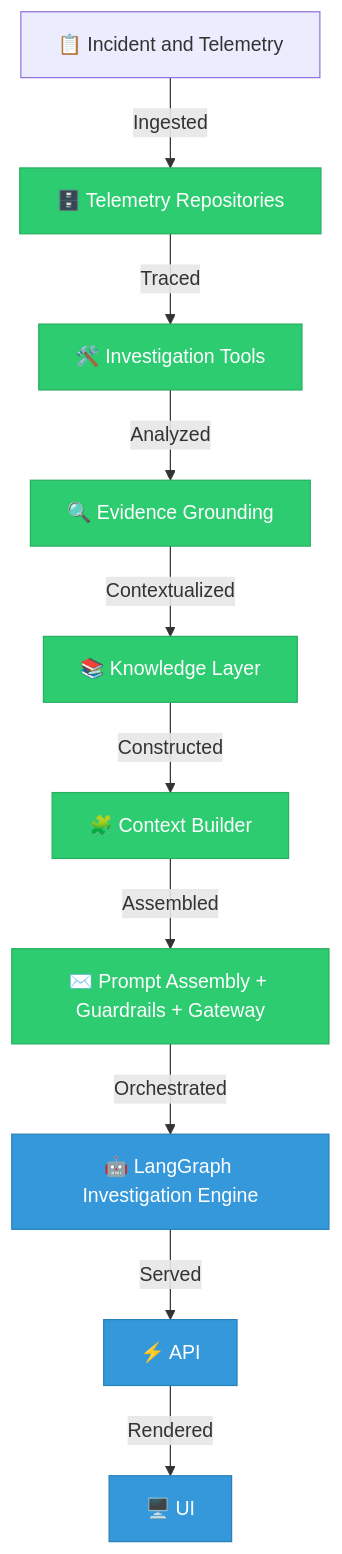
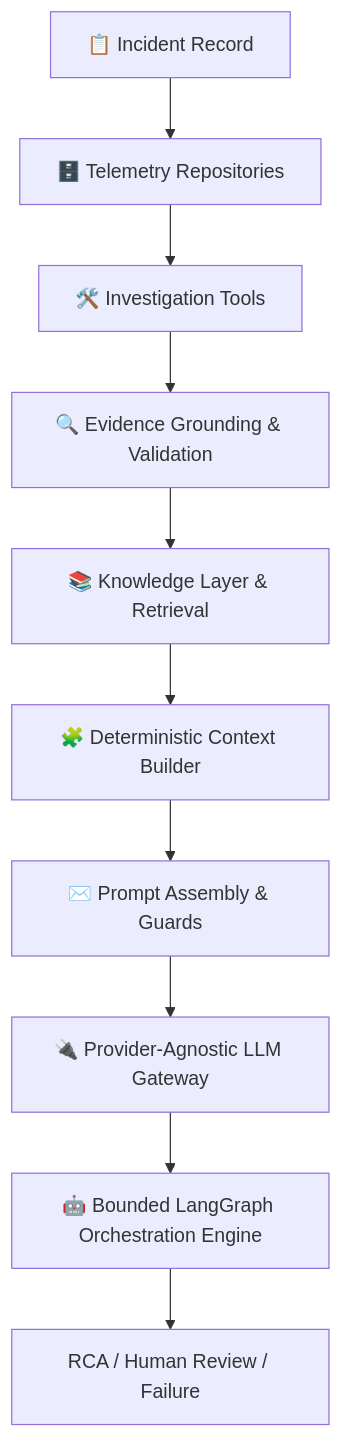
The diagram in README.md (manish930s/OpsGraph), drawn with Mermaid before and after one commit. The commit also changed other lines of this file, not shown here.

Commit message:
docs(readme): update architecture and v0.8.0 project status

````diff
--- a/README.md
+++ b/README.md
@@ -22,18 +31,12 @@
 ```mermaid
 graph TD
-    Incident[📋 Incident and Telemetry] -->|Ingested| Repos[🗄️ Telemetry Repositories]
-    Repos -->|Traced| Tools[🛠️ Investigation Tools]
-    Tools -->|Analyzed| Grounding[🔍 Evidence Grounding]
-    Grounding -->|Contextualized| Knowledge[📚 Knowledge Layer]
-    Knowledge -->|Constructed| ContextBuilder[🧩 Context Builder]
-    ContextBuilder -->|Assembled| Prompt[✉️ Prompt Assembly + Guardrails + Gateway]
-    Prompt -->|Orchestrated| Engine[🤖 LangGraph Investigation Engine]
-    Engine -->|Served| API[⚡ API]
-    API -->|Rendered| UI[🖥️ UI]
-
-    classDef implemented fill:#2ecc71,stroke:#27ae60,color:#fff;
-    classDef planned fill:#3498db,stroke:#2980b9,color:#fff;
-    
-    class Repos,Tools,Grounding,Knowledge,ContextBuilder,Prompt implemented;
-    class Engine,API,UI planned;
+    Incident[📋 Incident Record] --> Repos[🗄️ Telemetry Repositories]
+    Repos --> Tools[🛠️ Investigation Tools]
+    Tools --> Evidence[🔍 Evidence Grounding & Validation]
+    Evidence --> Knowledge[📚 Knowledge Layer & Retrieval]
+    Knowledge --> Context[🧩 Deterministic Context Builder]
+    Context --> Prompt[✉️ Prompt Assembly & Guards]
+    Prompt --> Gateway[🔌 Provider-Agnostic LLM Gateway]
+    Gateway --> Orchestrator[🤖 Bounded LangGraph Orchestration Engine]
+    Orchestrator --> Finalize[RCA / Human Review / Failure]
 ```
````
